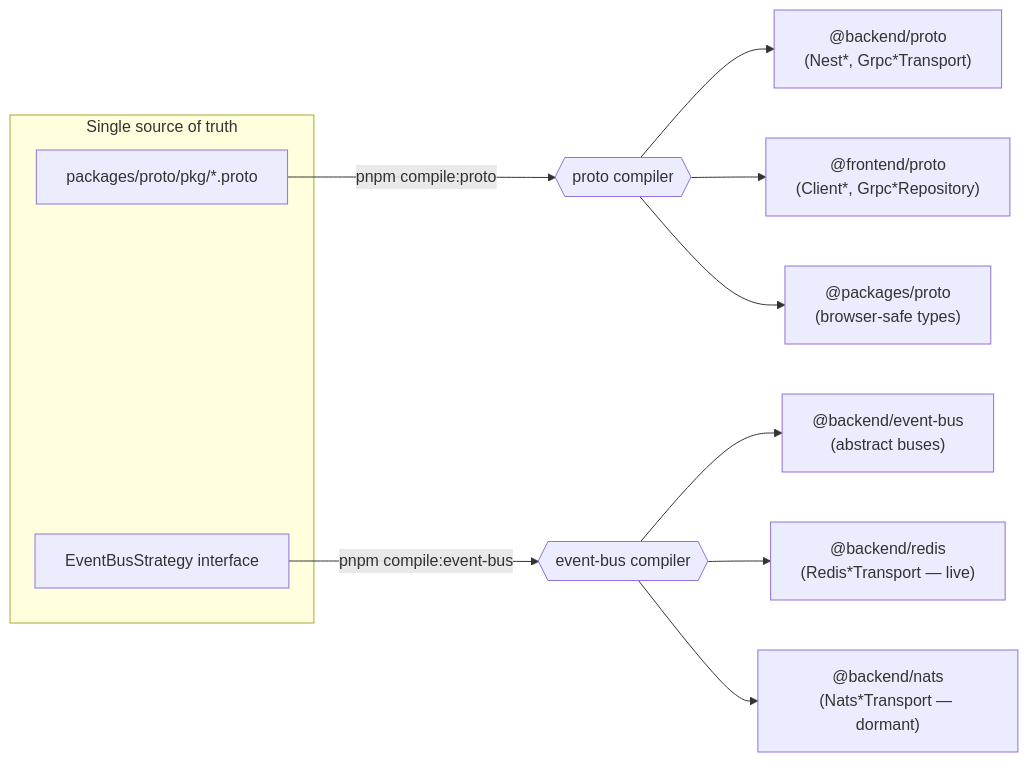
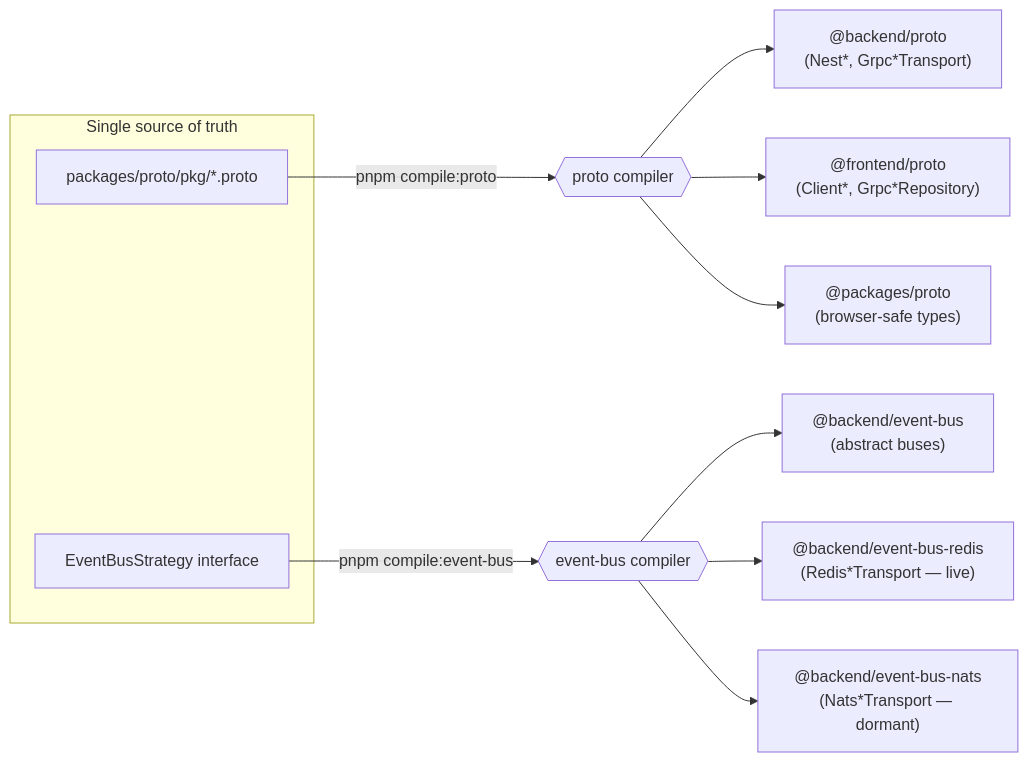
The first of 2 diagrams in README.md (evgenii-shcherbakov/base), drawn with Mermaid before and after one commit. The commit also changed other lines of this file and 118 other files, not shown here.

````diff
--- a/README.md
+++ b/README.md
@@ -37,17 +37,17 @@
 ```mermaid
 flowchart LR
   subgraph Contracts["Single source of truth"]
     P["packages/proto/pkg/*.proto"]
     E["EventBusStrategy interface"]
   end
 
   P -->|pnpm compile:proto| PC{{proto compiler}}
   PC --> BP["@backend/proto<br/>(Nest*, Grpc*Transport)"]
   PC --> FP["@frontend/proto<br/>(Client*, Grpc*Repository)"]
   PC --> PKP["@packages/proto<br/>(browser-safe types)"]
 
   E -->|pnpm compile:event-bus| EC{{event-bus compiler}}
   EC --> EB["@backend/event-bus<br/>(abstract buses)"]
-  EC --> RA["@backend/redis<br/>(Redis*Transport — live)"]
-  EC --> NA["@backend/nats<br/>(Nats*Transport — dormant)"]
+  EC --> RA["@backend/event-bus-redis<br/>(Redis*Transport — live)"]
+  EC --> NA["@backend/event-bus-nats<br/>(Nats*Transport — dormant)"]
 ```
````
